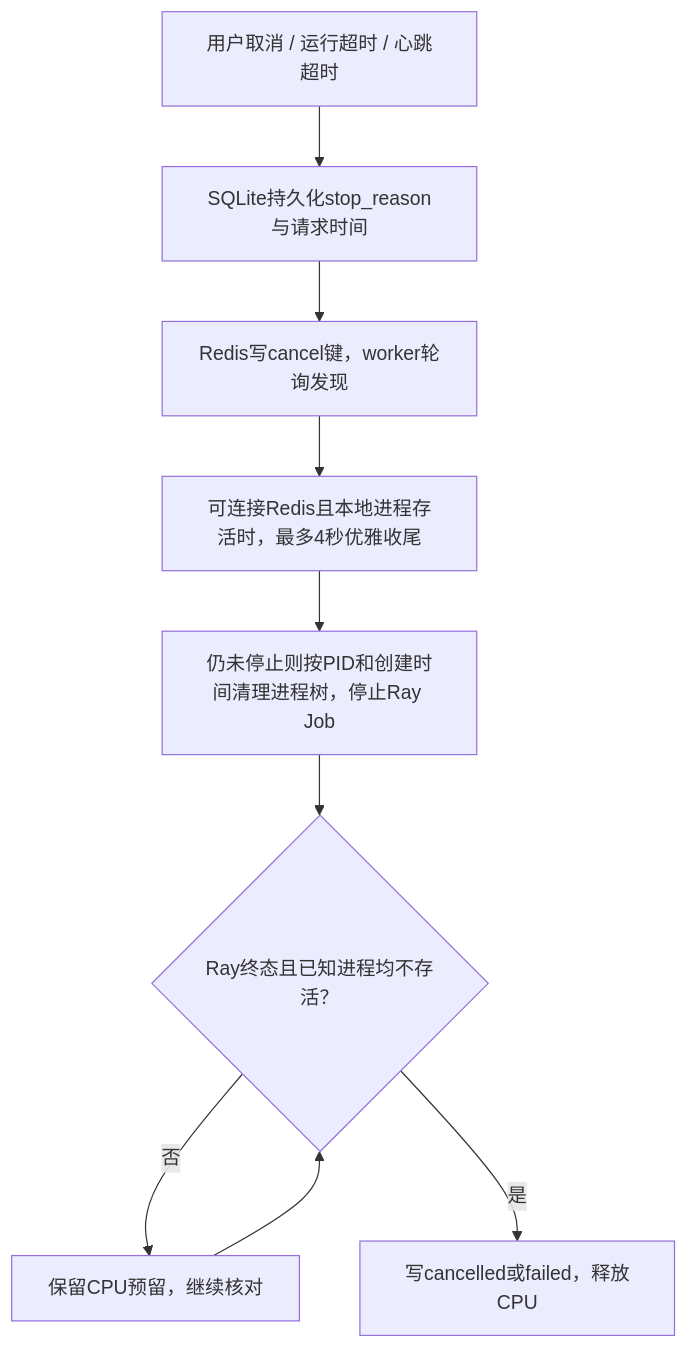
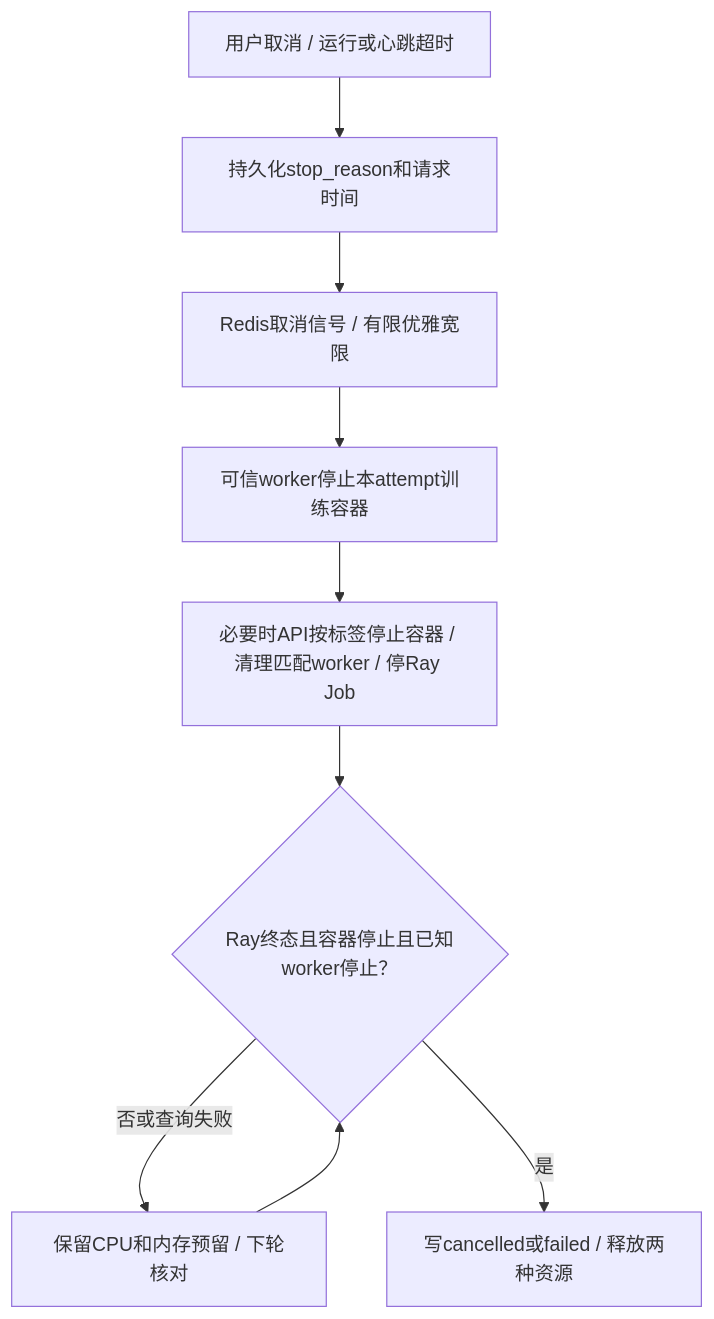
One commit to jackjiahao1491/trainplane-yolo-cpu changed the fourth of 6 diagrams in docs/architecture-and-implementation.md. Above: the diagram before and after it, drawn with Mermaid. The commit also changed other lines of this file and 16 other files, not shown here.

````diff
--- a/docs/architecture-and-implementation.md
+++ b/docs/architecture-and-implementation.md
@@ -177,12 +183,12 @@
 ```mermaid
 %% diagram: cancellation
 flowchart TD
-  REQ[用户取消 / 运行超时 / 心跳超时] --> INTENT[SQLite持久化stop_reason与请求时间]
-  INTENT --> SIGNAL[Redis写cancel键，worker轮询发现]
-  SIGNAL --> GRACE[可连接Redis且本地进程存活时，最多4秒优雅收尾]
-  GRACE --> KILL[仍未停止则按PID和创建时间清理进程树，停止Ray Job]
-  KILL --> CONFIRM{Ray终态且已知进程均不存活？}
-  CONFIRM -->|否| KEEP[保留CPU预留，继续核对]
-  KEEP --> CONFIRM
-  CONFIRM -->|是| RELEASE[写cancelled或failed，释放CPU]
+  REQ[用户取消 / 运行或心跳超时] --> INTENT[持久化stop_reason和请求时间]
+  INTENT --> SIGNAL[Redis取消信号 / 有限优雅宽限]
+  SIGNAL --> STOP[可信worker停止本attempt训练容器]
+  STOP --> FORCE[必要时API按标签停止容器 / 清理匹配worker / 停Ray Job]
+  FORCE --> CHECK{Ray终态且容器停止且已知worker停止？}
+  CHECK -->|否或查询失败| KEEP[保留CPU和内存预留 / 下轮核对]
+  KEEP --> CHECK
+  CHECK -->|是| END[写cancelled或failed / 释放两种资源]
 ```
````
